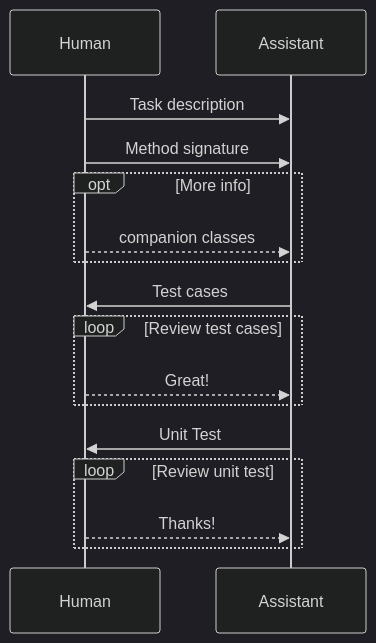
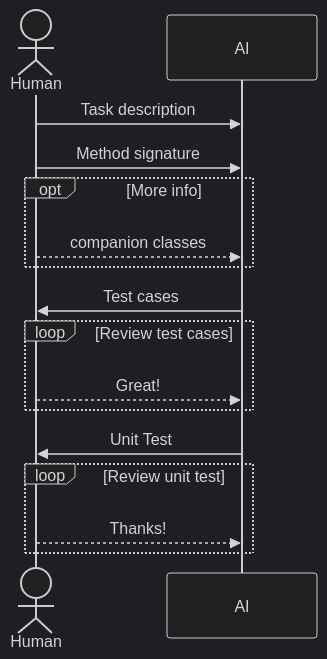
Before and after one commit to rabestro/rabestro.github.io: the first of 8 diagrams in _posts/2023-08-27-blackbox-testing-validate-binary-search-tree.md, drawn with Mermaid (dark theme).

Commit message:
Update diagram terminology in blog post
Updated the diagram for the 'Blackbox Testing Validate Binary Search Tree' blog post. The term 'Human' was changed to 'Actor' in order to align terminology with industry standards and ensure consistency throughout the blog. This is important in ensuring that readers, especially those new to the industry, understand and can follow the concepts described in the blog post.

````diff
--- a/_posts/2023-08-27-blackbox-testing-validate-binary-search-tree.md
+++ b/_posts/2023-08-27-blackbox-testing-validate-binary-search-tree.md
@@ -23,18 +23,18 @@
 ```mermaid
 sequenceDiagram
-  participant H as Human
-  participant A as Assistant
+  actor H as Human
+  participant A as AI
   H ->> A: Task description
   H ->> A: Method signature
   opt More info
     H -->> A: companion classes
   end
   A ->> H: Test cases
   loop Review test cases
     H -->> A: Great!
   end
   A ->> H: Unit Test
   loop Review unit test
     H -->> A: Thanks!
   end
 ``` 
````
